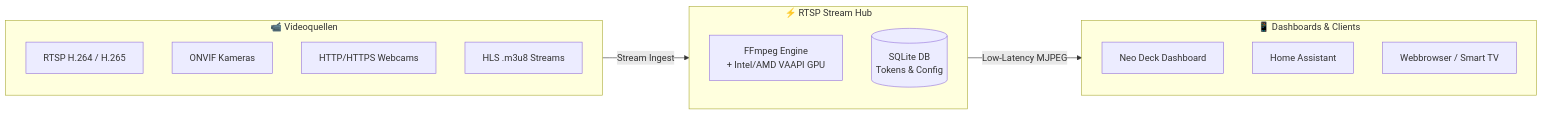
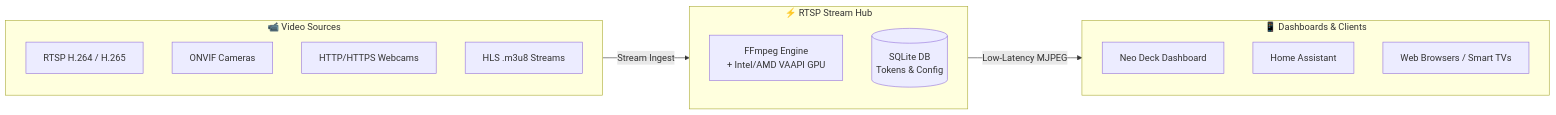
The diagram in README.md (Daddelgreis74/rtsp-stream-hub), drawn with Mermaid before and after one commit. The commit also changed other lines of this file, not shown here.

````diff
--- a/README.md
+++ b/README.md
@@ -32,23 +34,23 @@
 ```mermaid
 graph LR
-    subgraph Kameras ["📹 Videoquellen"]
+    subgraph Cameras ["📹 Video Sources"]
         A1[RTSP H.264 / H.265]
-        A2[ONVIF Kameras]
+        A2[ONVIF Cameras]
         A3[HTTP/HTTPS Webcams]
         A4[HLS .m3u8 Streams]
     end
 
     subgraph Hub ["⚡ RTSP Stream Hub"]
         B[FFmpeg Engine<br/>+ Intel/AMD VAAPI GPU]
         C[(SQLite DB<br/>Tokens & Config)]
     end
 
     subgraph Clients ["📱 Dashboards & Clients"]
         D1[Neo Deck Dashboard]
         D2[Home Assistant]
-        D3[Webbrowser / Smart TV]
+        D3[Web Browsers / Smart TVs]
     end
 
-    Kameras -->|Stream Ingest| Hub
+    Cameras -->|Stream Ingest| Hub
     Hub -->|Low-Latency MJPEG| Clients
 ```
````
